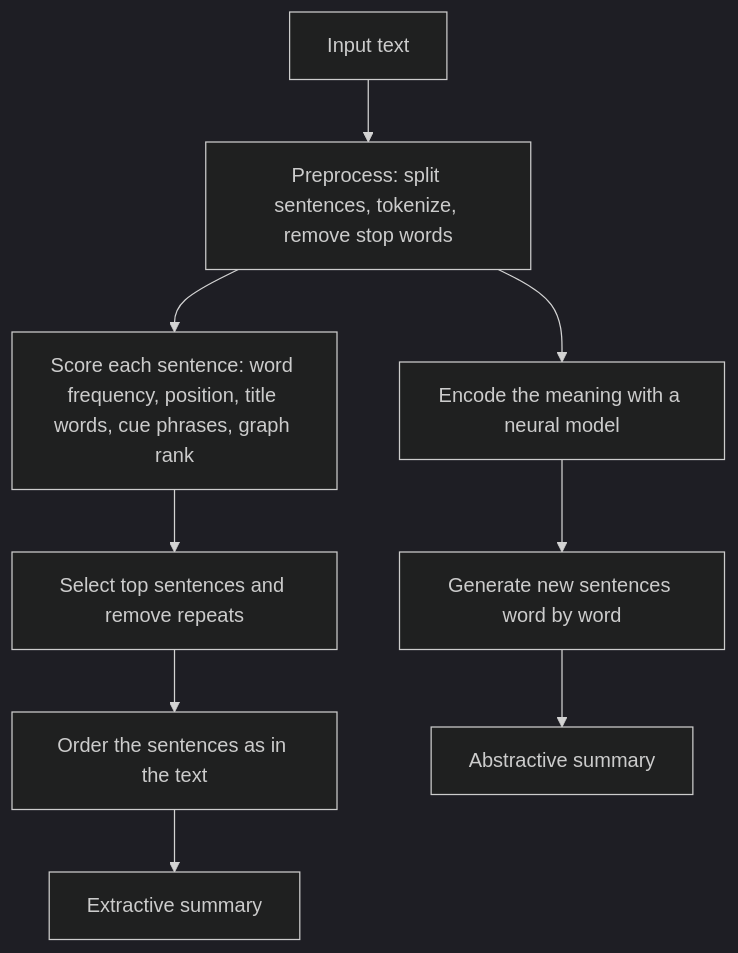
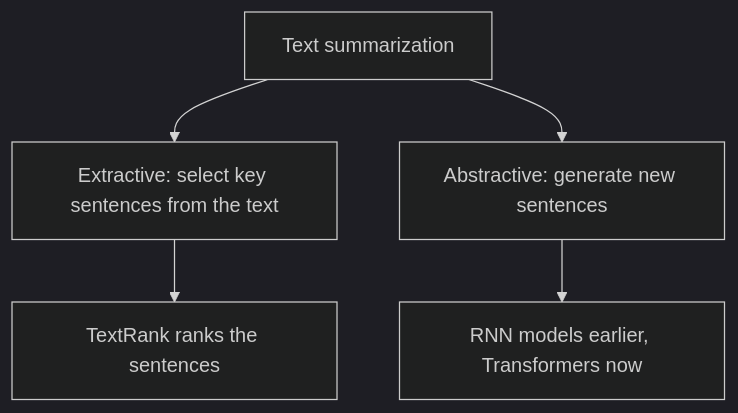
The sixth of 9 diagrams in content/natural-language-processing/notes/nlp-applications.mdx (TrendySloth1001/sem-seven-notes), drawn with Mermaid (dark theme) before and after one commit. The commit also changed other lines of this file and 406 other files, not shown here.

````diff
--- a/content/natural-language-processing/notes/nlp-applications.mdx
+++ b/content/natural-language-processing/notes/nlp-applications.mdx
@@ -729,12 +252,8 @@
 ```mermaid
-%% caption: Pipeline of extractive summarization (top path) compared with abstractive summarization (bottom path).
-flowchart TB
-  T["Input text"] --> P["Preprocess: split sentences, tokenize, remove stop words"]
-  P --> S["Score each sentence: word frequency, position, title words, cue phrases, graph rank"]
-  S --> SEL["Select top sentences and remove repeats"]
-  SEL --> ORD["Order the sentences as in the text"]
-  ORD --> EX["Extractive summary"]
-  P --> ENC["Encode the meaning with a neural model"]
-  ENC --> GEN["Generate new sentences word by word"]
-  GEN --> AB["Abstractive summary"]
+%% caption: The two types of summarization and how each builds the summary.
+flowchart TD
+  S["Text summarization"] --> E["Extractive: select key sentences from the text"]
+  S --> A["Abstractive: generate new sentences"]
+  E --> T["TextRank ranks the sentences"]
+  A --> X["RNN models earlier, Transformers now"]
 ```
````
